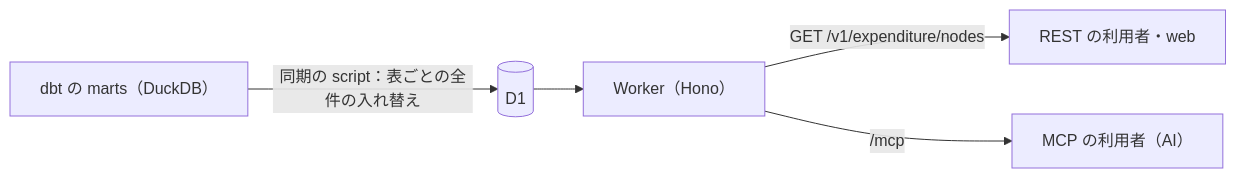
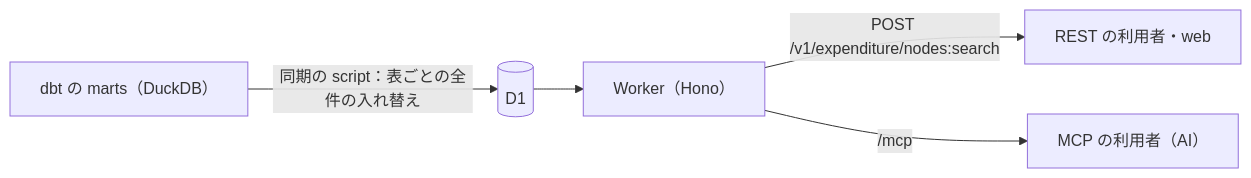
Before and after one commit to fudoki-hensansitu/fudoki: the diagram in docs/adr/0022-serve-marts-via-worker-d1-rest-and-mcp.md, drawn with Mermaid. The commit also changed other lines of this file and 11 other files, not shown here.

````diff
--- a/docs/adr/0022-serve-marts-via-worker-d1-rest-and-mcp.md
+++ b/docs/adr/0022-serve-marts-via-worker-d1-rest-and-mcp.md
@@ -7,7 +7,7 @@
 ```mermaid
 flowchart LR
   dbt["dbt の marts（DuckDB）"] -->|"同期の script：表ごとの全件の入れ替え"| d1[("D1")]
   d1 --> worker["Worker（Hono）"]
-  worker -->|"GET /v1/expenditure/nodes"| rest["REST の利用者・web"]
+  worker -->|"POST /v1/expenditure/nodes:search"| rest["REST の利用者・web"]
   worker -->|"/mcp"| mcp["MCP の利用者（AI）"]
 ```
````
